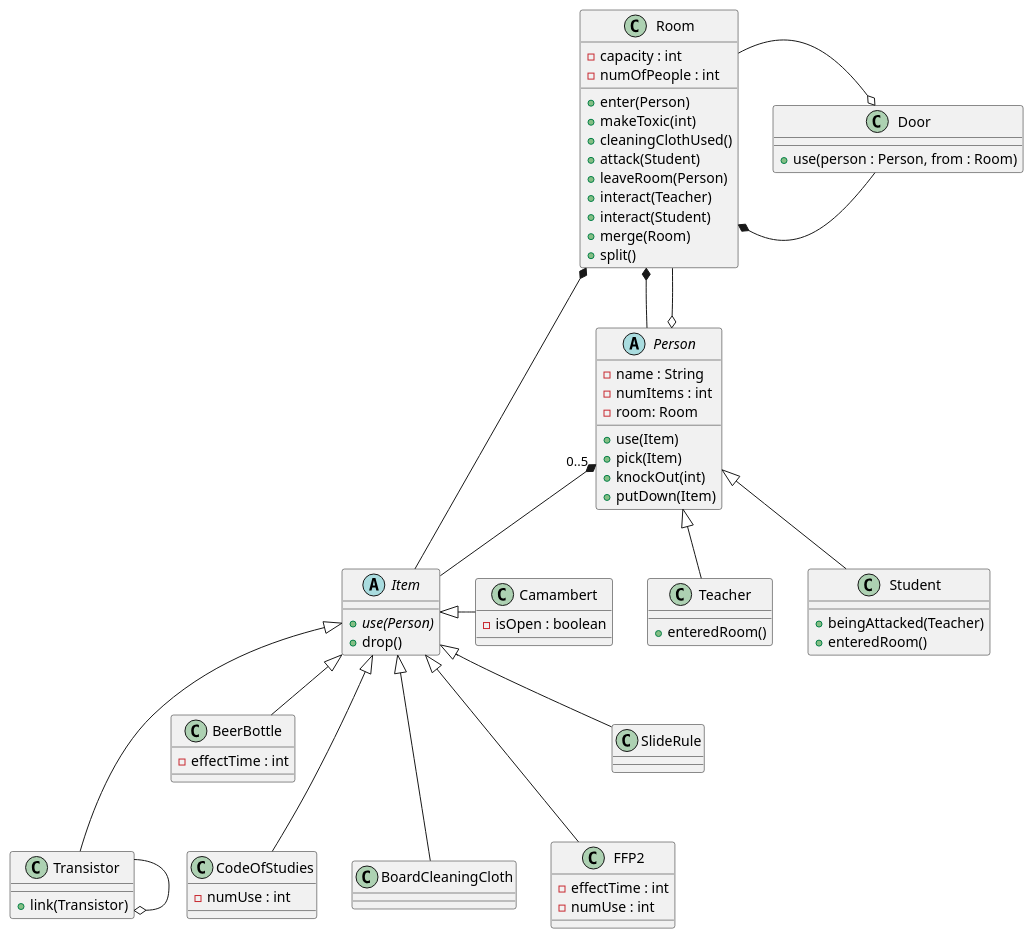
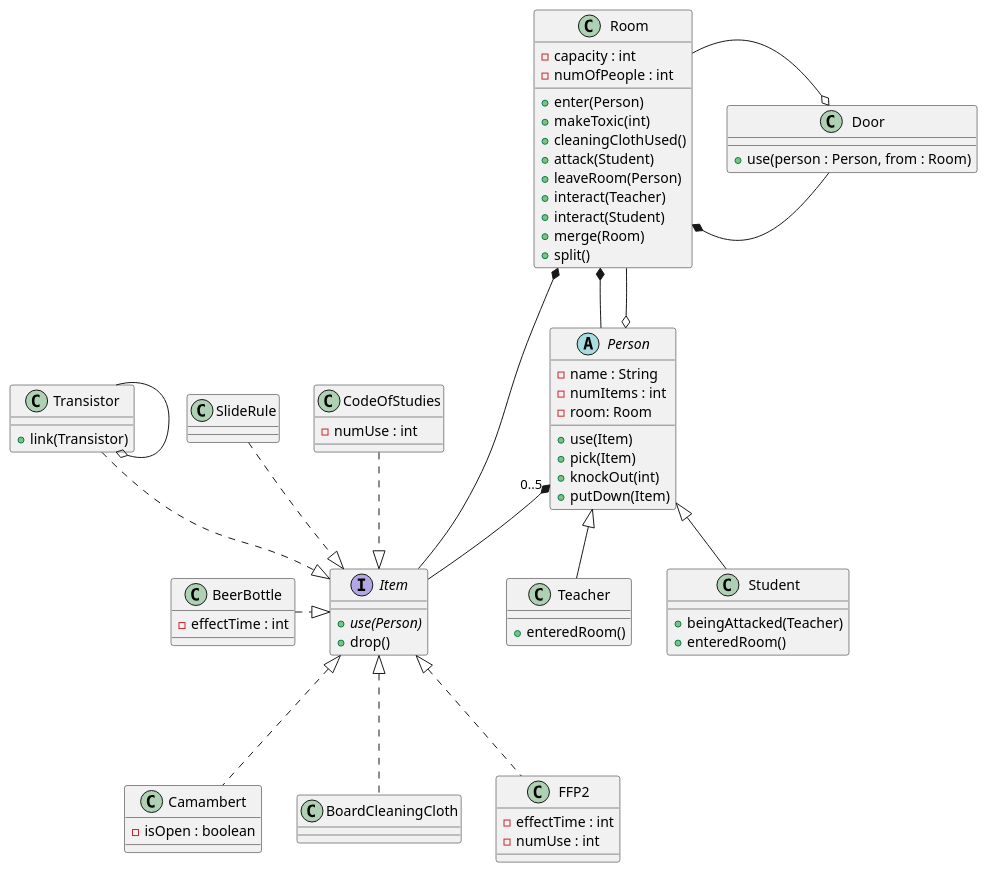
One commit to sn4k3ch4rm3r/logarlec changed the diagram in docs/diagrams/class/static-structure.puml. Above: the diagram before and after it, drawn with PlantUML. The commit also changed 1 other file, not shown here.

```diff
--- a/docs/diagrams/class/static-structure.puml
+++ b/docs/diagrams/class/static-structure.puml
@@ -1,78 +1,78 @@
 @startuml static-structure
 abstract class Person {
     -name : String
     -numItems : int
     -room: Room
     +use(Item) 
     +pick(Item)
     +knockOut(int)
     +putDown(Item)
 }
-abstract Item {
+interface Item {
     {abstract} +use(Person)
     +drop()
 }
 class Room {
     -capacity : int
     -numOfPeople : int
     +enter(Person)
     +makeToxic(int)
     +cleaningClothUsed()
     +attack(Student)
     +leaveRoom(Person)
 	+interact(Teacher)
 	+interact(Student)
     +merge(Room)
     +split()
 }
 class Door {
     +use(person : Person, from : Room)
 }
 class Transistor {
 	+link(Transistor)
 }
 class Camambert {
     -isOpen : boolean
 }
 class BeerBottle {
     -effectTime : int
 }
 class CodeOfStudies {
     -numUse : int
 }
 class BoardCleaningCloth {
 }
 class FFP2 {
     -effectTime : int
     -numUse : int
 }
 class SlideRule {
 }
 
 class Teacher {
     +enteredRoom()
 }
 class Student {
     +beingAttacked(Teacher)
     +enteredRoom()
 }
 
  Person <|-- Student
  Person <|-- Teacher
  Room *-- Person
  Room *-- Item
  Room *- Door
  Room -o Door
  Room --o Person
  Transistor --o Transistor
 
  Person "0..5"*-- Item
- Item <|--- CodeOfStudies
- Item <|-- SlideRule
- Item <|--- Transistor
- Item <|-- BeerBottle
- Item <|--- BoardCleaningCloth
- Item <|--- FFP2
- Item <|- Camambert
+ Item <|.up- CodeOfStudies
+ Item <|.up- SlideRule
+ Item <|.up- Transistor
+ Item <|.left- BeerBottle
+ Item <|.down-- BoardCleaningCloth
+ Item <|.down-- FFP2
+ Item <|.down-- Camambert
 '  Door <|-- Transistor
 @enduml
```
